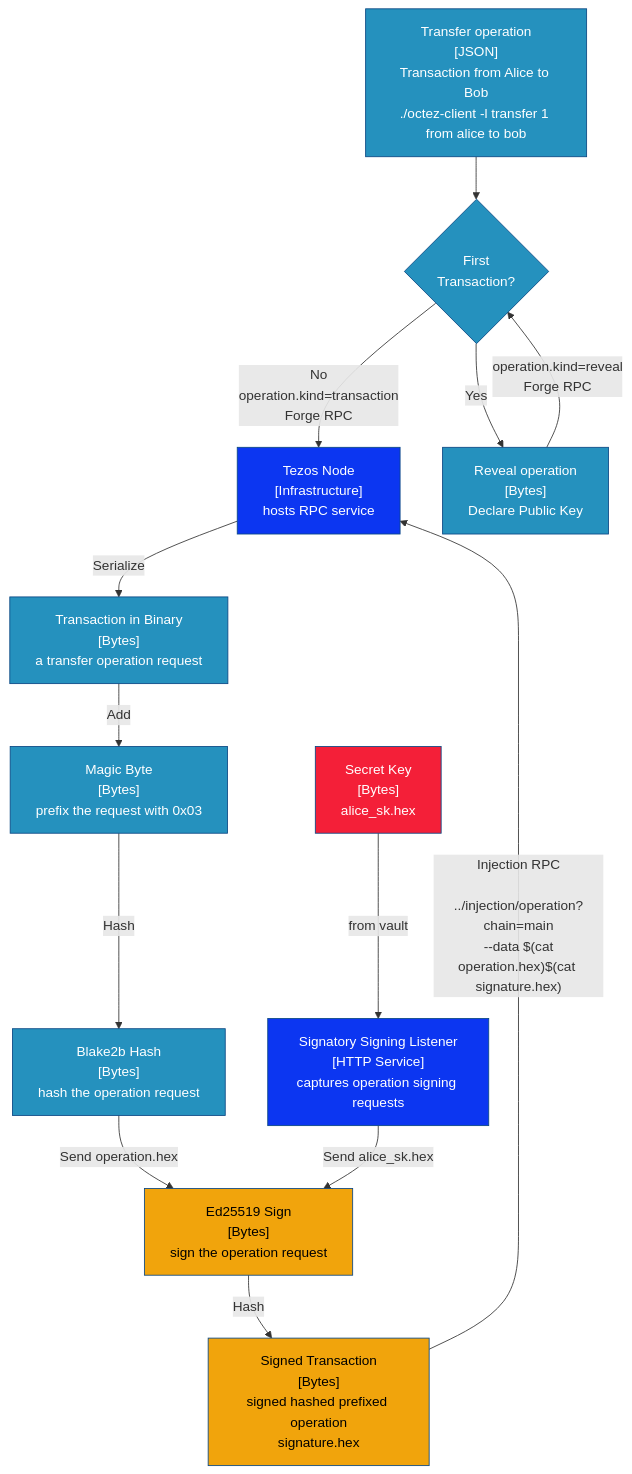
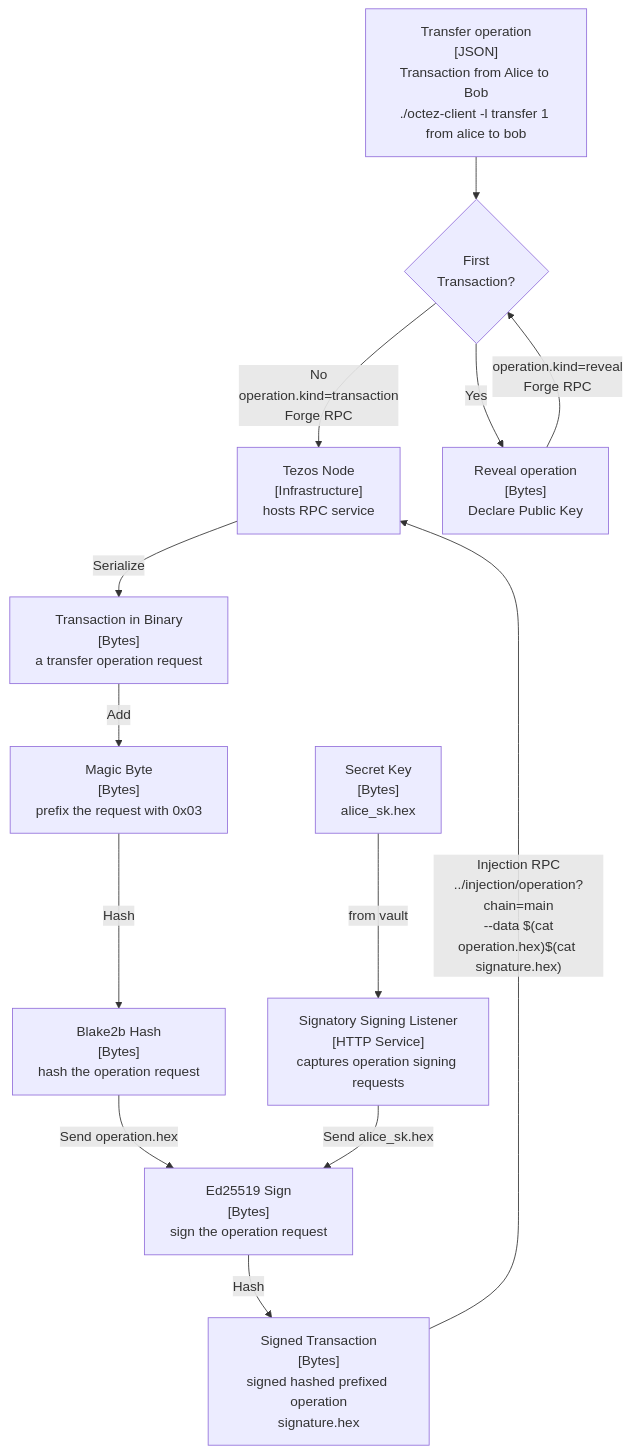
One commit to ecadlabs/signatory changed the fourth of 5 diagrams in docs/signatory-architecture.md. Above: the diagram before and after it, drawn with Mermaid. The commit also changed other lines of this file and 7 other files, not shown here.

First line of the commit message:
feat: Upgrade Docusaurus to v3.8.1 and fix Mermaid compatibility

````diff
--- a/docs/signatory-architecture.md
+++ b/docs/signatory-architecture.md
@@ -193,56 +147,27 @@
 ```mermaid
 flowchart TB
-TJ["Transfer operation
-[JSON]
-Transaction from Alice to Bob<br>./octez-client -l transfer 1 from alice to bob"]
-TN["Tezos Node
-[Infrastructure]
-hosts RPC service"]
+TJ["Transfer operation<br>[JSON]<br>Transaction from Alice to Bob<br>./octez-client -l transfer 1 from alice to bob"]
+TN["Tezos Node<br>[Infrastructure]<br>hosts RPC service"]
 FT{First<br>Transaction?}
-Reveal["Reveal operation
-[Bytes]
-Declare Public Key "]
-TB["Transaction in Binary
-[Bytes]
-a transfer operation request"]
-W["Magic Byte 
-[Bytes]
-prefix the request with 0x03"]
-B["Blake2b Hash
-[Bytes]
-hash the operation request"]
-ED["Ed25519 Sign
-[Bytes]
-sign the operation request"]
-SK["Secret Key
-[Bytes]
-alice_sk.hex"]
-SIGNATORY["Signatory Signing Listener
-[HTTP Service]
-captures operation signing requests"]
-ST["Signed Transaction
-[Bytes]
-signed hashed prefixed operation
-signature.hex"]
+Reveal["Reveal operation<br>[Bytes]<br>Declare Public Key"]
+TB["Transaction in Binary<br>[Bytes]<br>a transfer operation request"]
+W["Magic Byte<br>[Bytes]<br>prefix the request with 0x03"]
+B["Blake2b Hash<br>[Bytes]<br>hash the operation request"]
+ED["Ed25519 Sign<br>[Bytes]<br>sign the operation request"]
+SK["Secret Key<br>[Bytes]<br>alice_sk.hex"]
+SIGNATORY["Signatory Signing Listener<br>[HTTP Service]<br>captures operation signing requests"]
+ST["Signed Transaction<br>[Bytes]<br>signed hashed prefixed operation<br>signature.hex"]
 TJ --> FT
 FT -- "No<br>operation.kind=transaction<br>Forge RPC" --> TN 
 FT -- "Yes" --> Reveal 
 Reveal -- "operation.kind=reveal<br>Forge RPC" --> FT
 TN-- "Serialize" -->TB
 TB-- "Add" -->W
 W-- "Hash" -->B
 B-- "Send operation.hex" -->ED
 SK-- "from vault" -->SIGNATORY
 SIGNATORY-- "Send alice_sk.hex" -->ED
 ED--"Hash " -->ST
-ST-- "Injection RPC<br>
-../injection/operation?chain=main<br> --data $(cat operation.hex)$(cat signature.hex)" -->TN
-classDef node fill:#0C36F1,stroke:#0b4884,color:#ffffff
-classDef key fill:#F41F38,stroke:#0b4884,color:#ffffff
-classDef transaction fill:#2591BE,stroke:#0b4884,color:#ffffff
-classDef signature fill:#F1A40C,stroke:#0b4884,color:#000000
-class FT,Reveal,TJ,TB,W,B transaction
-class TN node
-class SK key
-class ED,SIG,ST signature
+ST-- "Injection RPC<br>../injection/operation?chain=main<br> --data $(cat operation.hex)$(cat signature.hex)" -->TN
+
 ```
````
